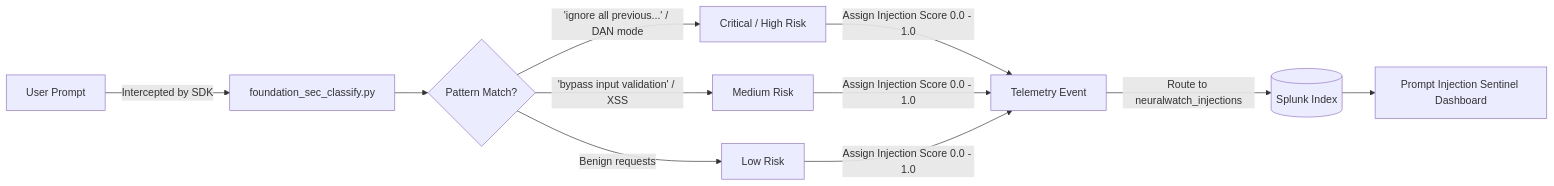
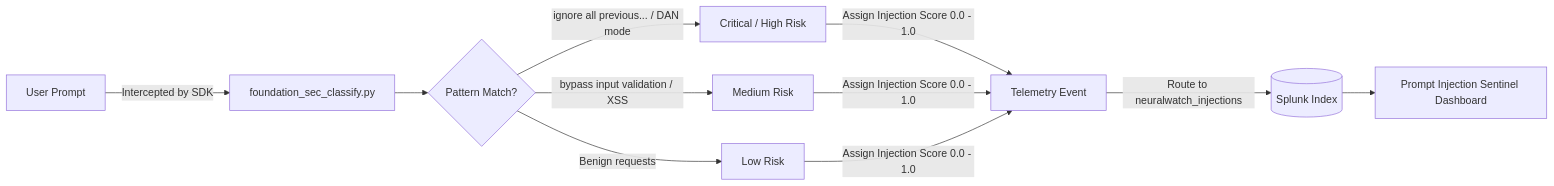
One commit to geeked-anshuk666/NeuralWatch changed the second of 5 diagrams in README.md. Above: the diagram before and after it, drawn with Mermaid. The commit also changed other lines of this file, not shown here.

Commit message:
docs: fix mermaid diagram syntax errors for github rendering

````diff
--- a/README.md
+++ b/README.md
@@ -100,11 +101,13 @@
 ```mermaid
 flowchart LR
-    Prompt[User Prompt] -->|Intercepted by SDK| Classify[foundation_sec_classify.py]
-    Classify --> Pattern{Pattern Match?}
-    Pattern -->|'ignore all previous...' / DAN mode| High[Critical / High Risk]
-    Pattern -->|'bypass input validation' / XSS| Med[Medium Risk]
-    Pattern -->|Benign requests| Low[Low Risk]
-    High & Med & Low -->|Assign Injection Score 0.0 - 1.0| Score[Telemetry Event]
-    Score -->|Route to neuralwatch_injections| Index[(Splunk Index)]
-    Index --> Dash[Prompt Injection Sentinel Dashboard]
+    Prompt["User Prompt"] -->|Intercepted by SDK| Classify["foundation_sec_classify.py"]
+    Classify --> Pattern{"Pattern Match?"}
+    Pattern -->|"ignore all previous..." / DAN mode| High["Critical / High Risk"]
+    Pattern -->|"bypass input validation" / XSS| Med["Medium Risk"]
+    Pattern -->|"Benign requests"| Low["Low Risk"]
+    High -->|Assign Injection Score 0.0 - 1.0| Score["Telemetry Event"]
+    Med -->|Assign Injection Score 0.0 - 1.0| Score
+    Low -->|Assign Injection Score 0.0 - 1.0| Score
+    Score -->|Route to neuralwatch_injections| Index[("Splunk Index")]
+    Index --> Dash["Prompt Injection Sentinel Dashboard"]
 ```
````
